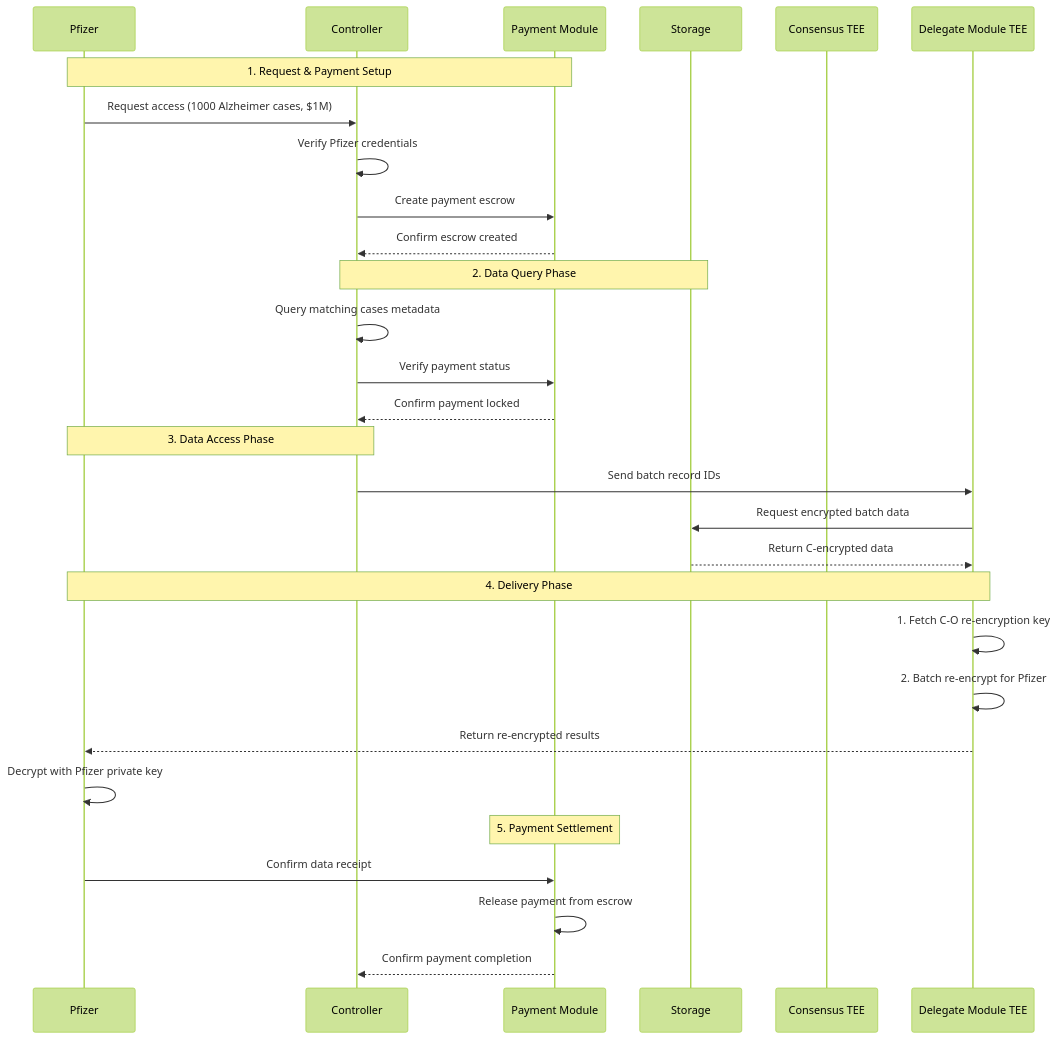
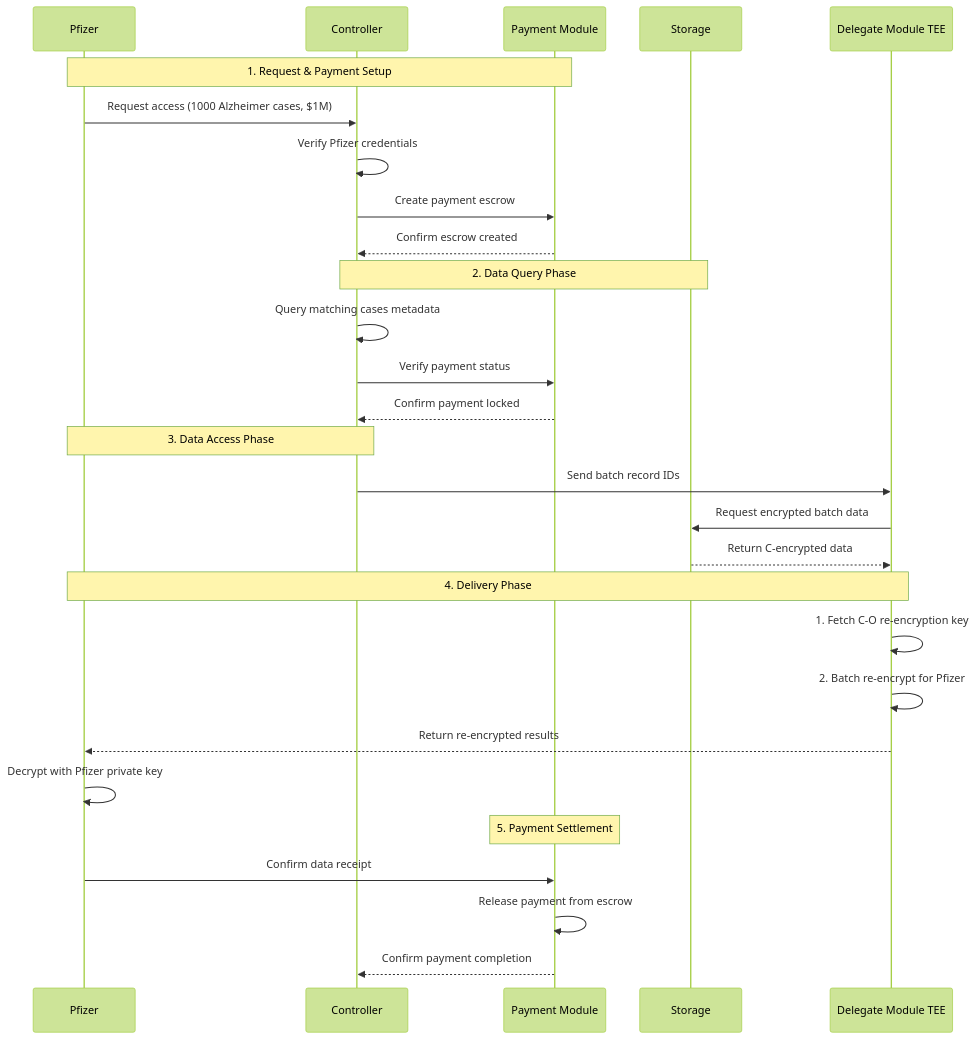
One commit to kien-genetica/secure-genom changed the diagram in docs/flow/organization-flow.md. Above: the diagram before and after it, drawn with Mermaid (forest theme).

Commit message:
chore(organization-flow): remove consensus tee

````diff
--- a/docs/flow/organization-flow.md
+++ b/docs/flow/organization-flow.md
@@ -1,41 +1,40 @@
 ```mermaid
 sequenceDiagram
     participant P as Pfizer
     participant G as Controller
     participant PM as Payment Module
     participant S as Storage
-    participant C as Consensus TEE
     participant DM as Delegate Module TEE
 
     %% Setup & Payment Phase
     Note over P,PM: 1. Request & Payment Setup
     P->>G: Request access (1000 Alzheimer cases, $1M)
     G->>G: Verify Pfizer credentials
     G->>PM: Create payment escrow
     PM-->>G: Confirm escrow created
 
     %% Data Query Phase
     Note over G,S: 2. Data Query Phase
     G->>G: Query matching cases metadata
     G->>PM: Verify payment status
     PM-->>G: Confirm payment locked
 
     %% Data Access Phase
     Note over G,P: 3. Data Access Phase
     G->>DM: Send batch record IDs
     DM->>S: Request encrypted batch data
     S-->>DM: Return C-encrypted data
 
     %% Re-encryption & Delivery
     Note over DM,P: 4. Delivery Phase
     DM->>DM: 1. Fetch C-O re-encryption key
     DM->>DM: 2. Batch re-encrypt for Pfizer
     DM-->>P: Return re-encrypted results
     P->>P: Decrypt with Pfizer private key
 
     %% Payment Settlement
     Note over PM: 5. Payment Settlement
     P->>PM: Confirm data receipt
     PM->>PM: Release payment from escrow
     PM-->>G: Confirm payment completion
 ```
````
